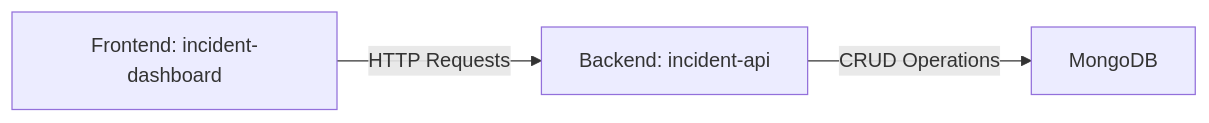
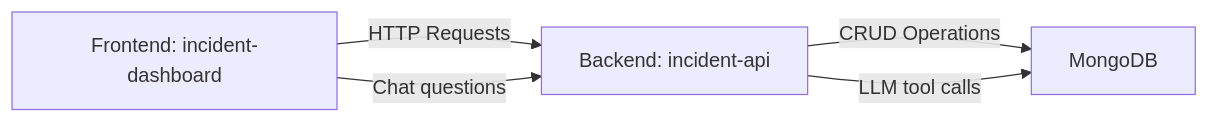
Before and after one commit to JackDev21/incident-dashboard: the diagram in README.md, drawn with Mermaid. The commit also changed other lines of this file and 3 other files, not shown here.

````diff
--- a/README.md
+++ b/README.md
@@ -60,5 +61,7 @@
 ```mermaid
 graph LR
   A[Frontend: incident-dashboard] -->|HTTP Requests| B[Backend: incident-api]
   B -->|CRUD Operations| C[MongoDB]
+  A -->|Chat questions| B
+  B -->|LLM tool calls| C
 ```
````
